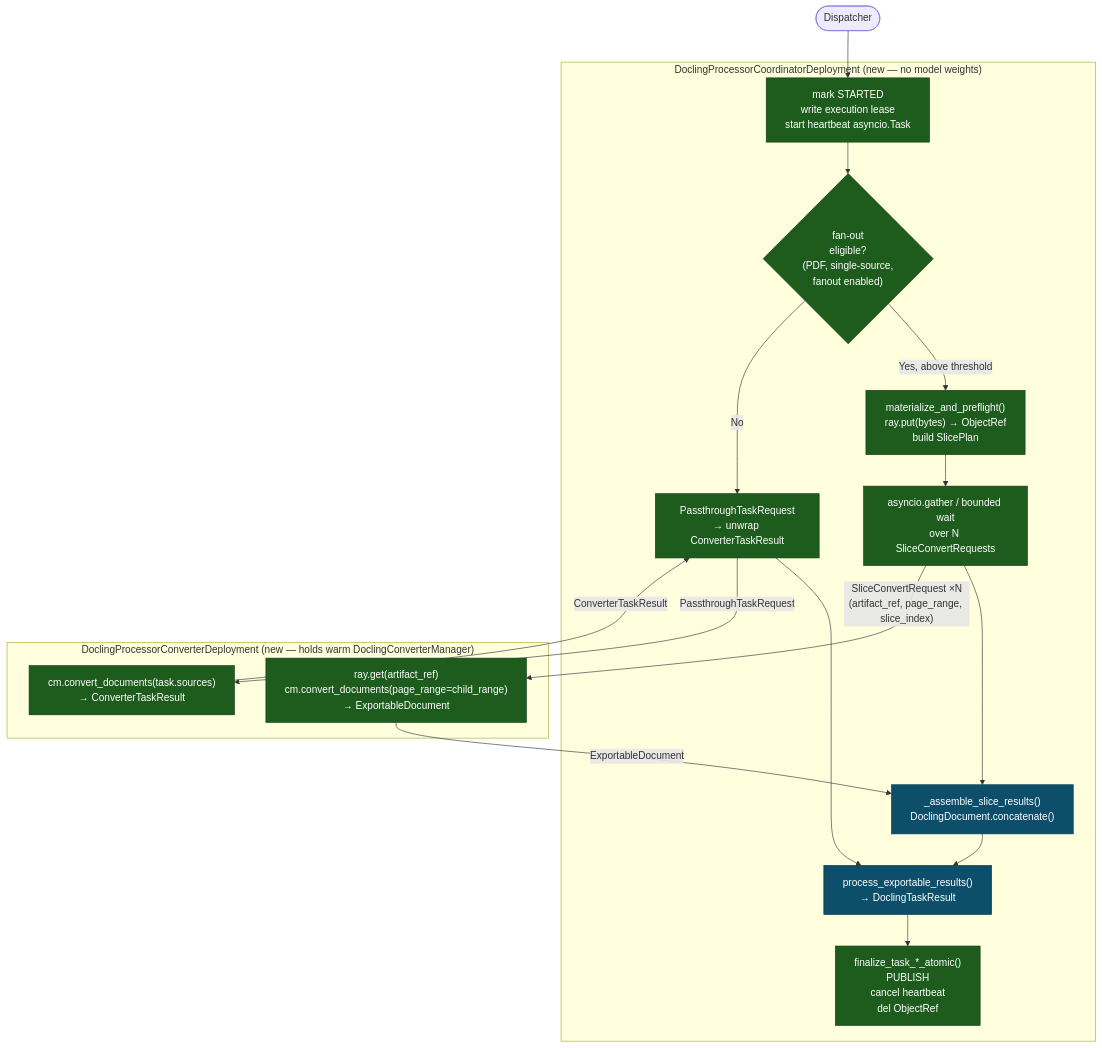
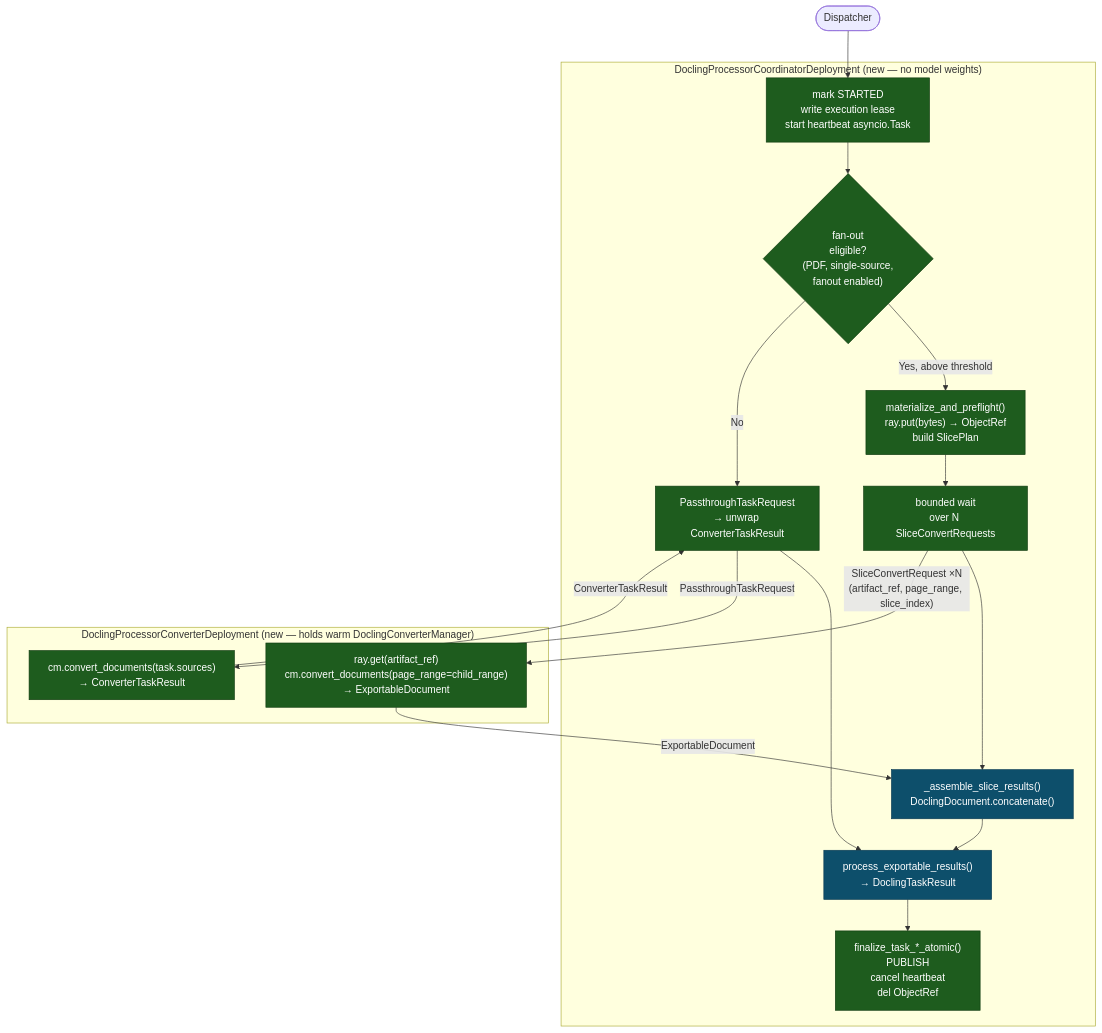
One commit to docling-project/docling-serve changed the fifth of 11 diagrams in docs/ray-orchestrator-architecture-page-slicing-delta.md. Above: the diagram before and after it, drawn with Mermaid. The commit also changed other lines of this file and 2 other files, not shown here.

Commit message:
prevent unbounded page slicing

````diff
--- a/docs/ray-orchestrator-architecture-page-slicing-delta.md
+++ b/docs/ray-orchestrator-architecture-page-slicing-delta.md
@@ -166,33 +166,33 @@
 ```mermaid
 flowchart TB
     classDef new     fill:#1e5c1e,color:#fff,stroke:#0f3a0f
     classDef assem   fill:#0d4f6b,color:#fff,stroke:#093a52
 
     DISP(["Dispatcher"])
 
     subgraph COORD_BOX["DoclingProcessorCoordinatorDeployment  (new — no model weights)"]
         C1["mark STARTED\nwrite execution lease\nstart heartbeat asyncio.Task"]:::new
         CPATH{"fan-out\neligible?\n(PDF, single-source,\nfanout enabled)"}:::new
         C_MAT["materialize_and_preflight()\nray.put(bytes) → ObjectRef\nbuild SlicePlan"]:::new
-        C_WAIT["asyncio.gather / bounded wait\nover N SliceConvertRequests"]:::new
+        C_WAIT["bounded wait\nover N SliceConvertRequests"]:::new
         C_ASSEM["_assemble_slice_results()\nDoclingDocument.concatenate()"]:::assem
         C_EXPORT["process_exportable_results()\n→ DoclingTaskResult"]:::assem
         C_PASS["PassthroughTaskRequest\n→ unwrap ConverterTaskResult"]:::new
         C_FIN["finalize_task_*_atomic()\nPUBLISH\ncancel heartbeat\ndel ObjectRef"]:::new
 
         C1 --> CPATH
         CPATH -- "Yes, above threshold" --> C_MAT --> C_WAIT --> C_ASSEM --> C_EXPORT --> C_FIN
         CPATH -- "No" --> C_PASS --> C_EXPORT
     end
 
     subgraph WORK_BOX["DoclingProcessorConverterDeployment  (new — holds warm DoclingConverterManager)"]
         W_SLICE["ray.get(artifact_ref)\ncm.convert_documents(page_range=child_range)\n→ ExportableDocument"]:::new
         W_PASS["cm.convert_documents(task.sources)\n→ ConverterTaskResult"]:::new
     end
 
     DISP --> C1
     C_WAIT -- "SliceConvertRequest ×N\n(artifact_ref, page_range, slice_index)" --> W_SLICE
     W_SLICE -- "ExportableDocument" --> C_ASSEM
     C_PASS -- "PassthroughTaskRequest" --> W_PASS
     W_PASS -- "ConverterTaskResult" --> C_PASS
 ```
````
